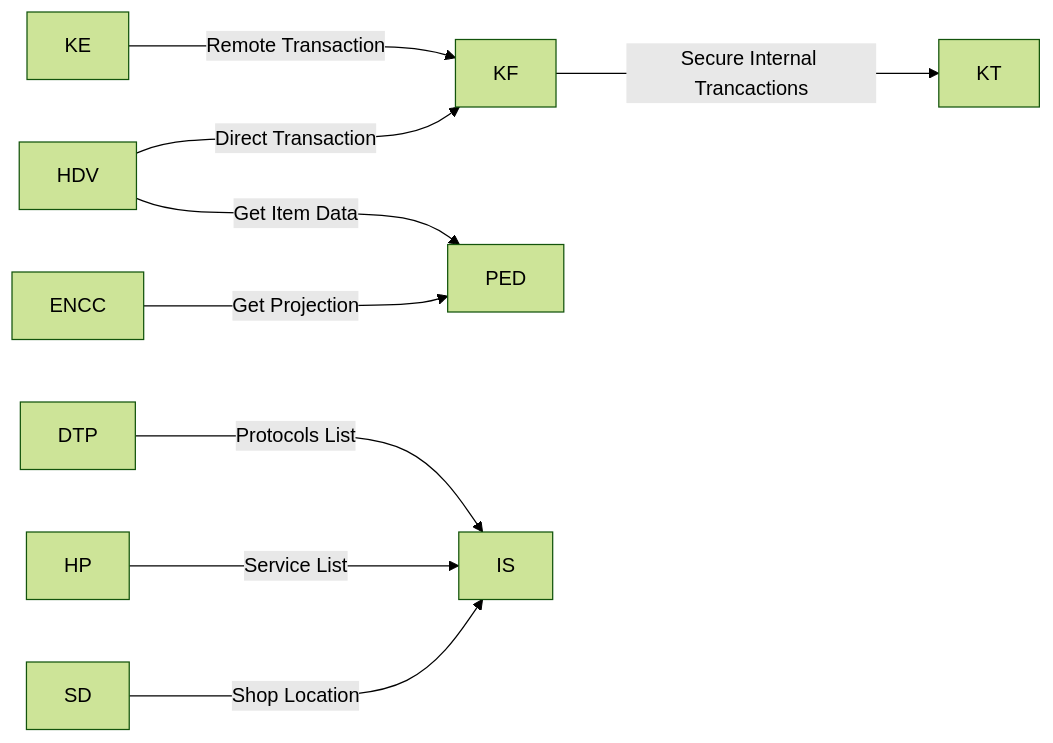
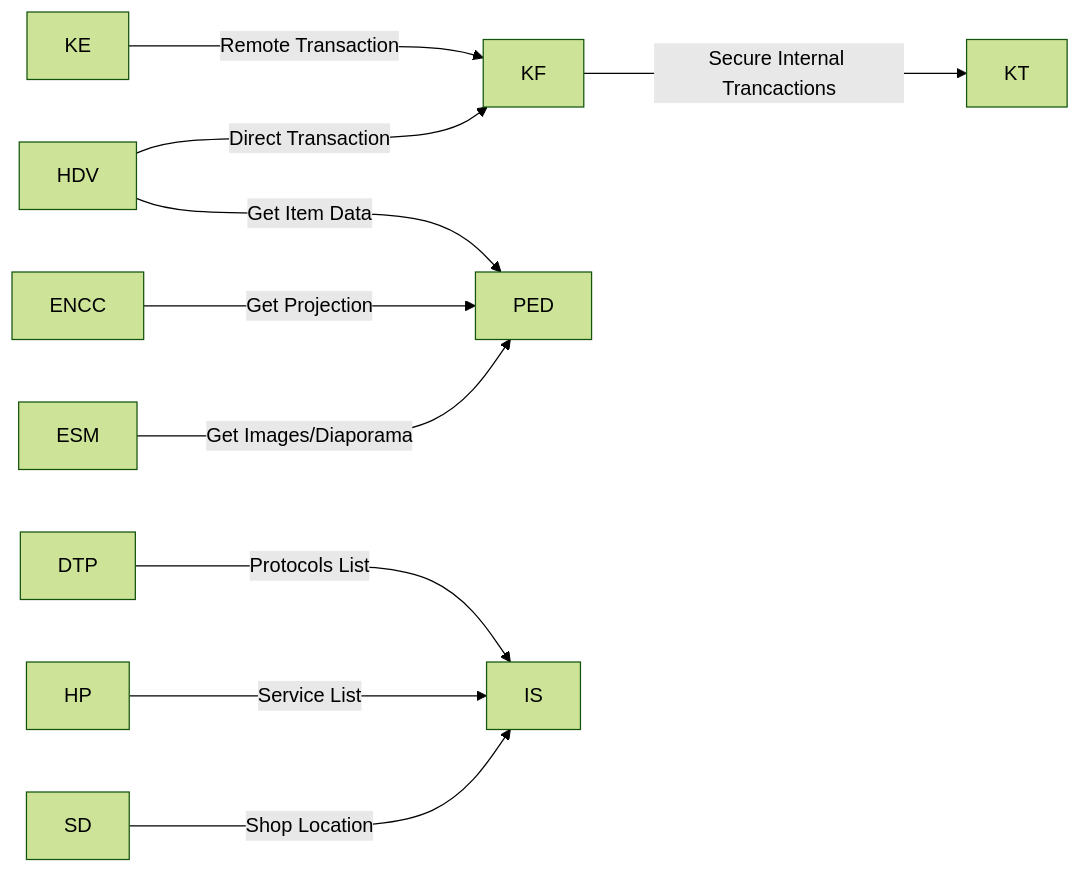
Before and after one commit to golemax/SwitchCraft-ENC-Programs: the diagram in README.md, drawn with Mermaid (forest theme). The commit also changed other lines of this file, not shown here.

````diff
--- a/README.md
+++ b/README.md
@@ -36,11 +38,12 @@
 ```mermaid
 flowchart LR
 KF-- Secure Internal Trancactions --->KT
 KE-- Remote Transaction --->KF
 HDV -- Direct Transaction --->KF
 HDV-- Get Item Data --->PED
 ENCC-- Get Projection --->PED
+ESM-- Get Images/Diaporama --->PED
 DTP-- Protocols List --->IS
 HP-- Service List --->IS
 SD-- Shop Location ---> IS
 ```
````
